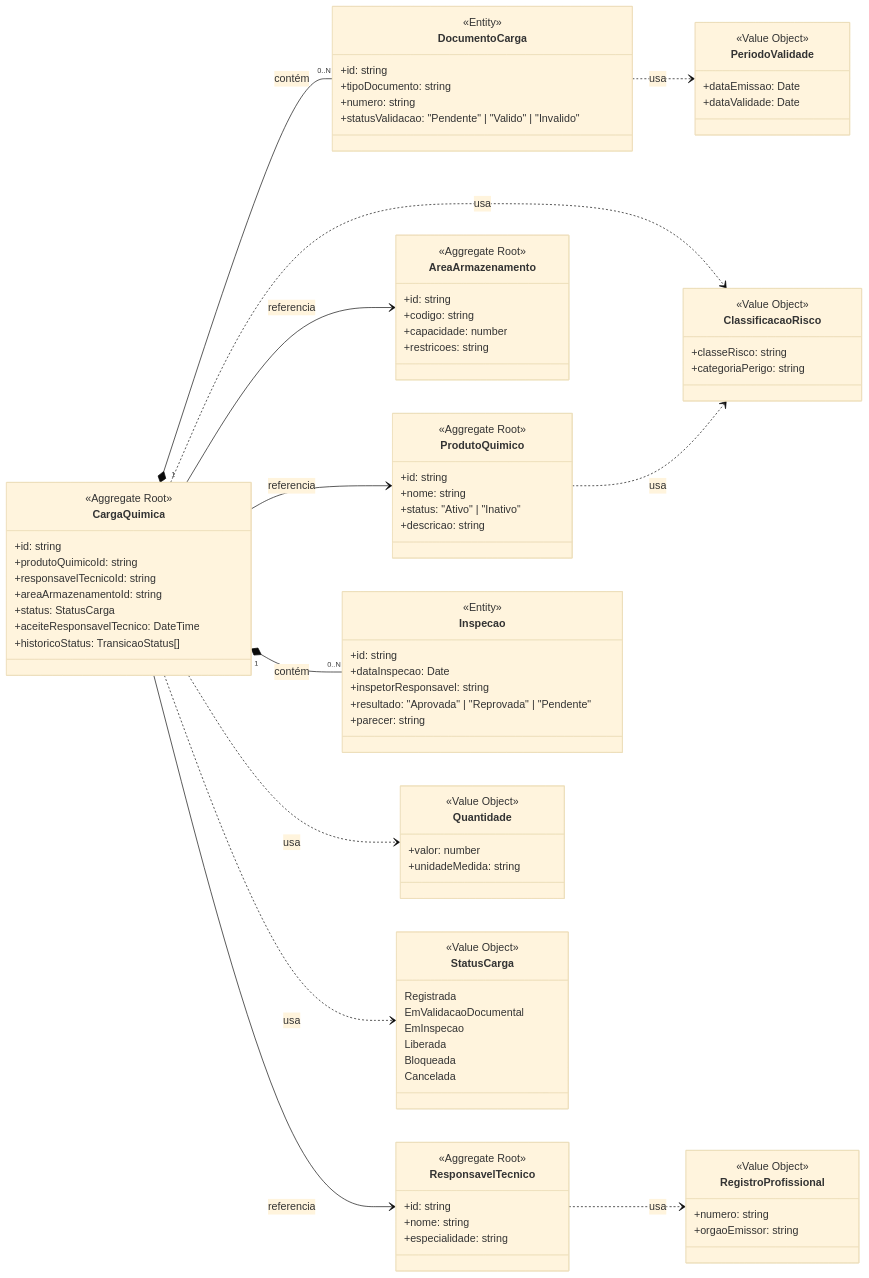
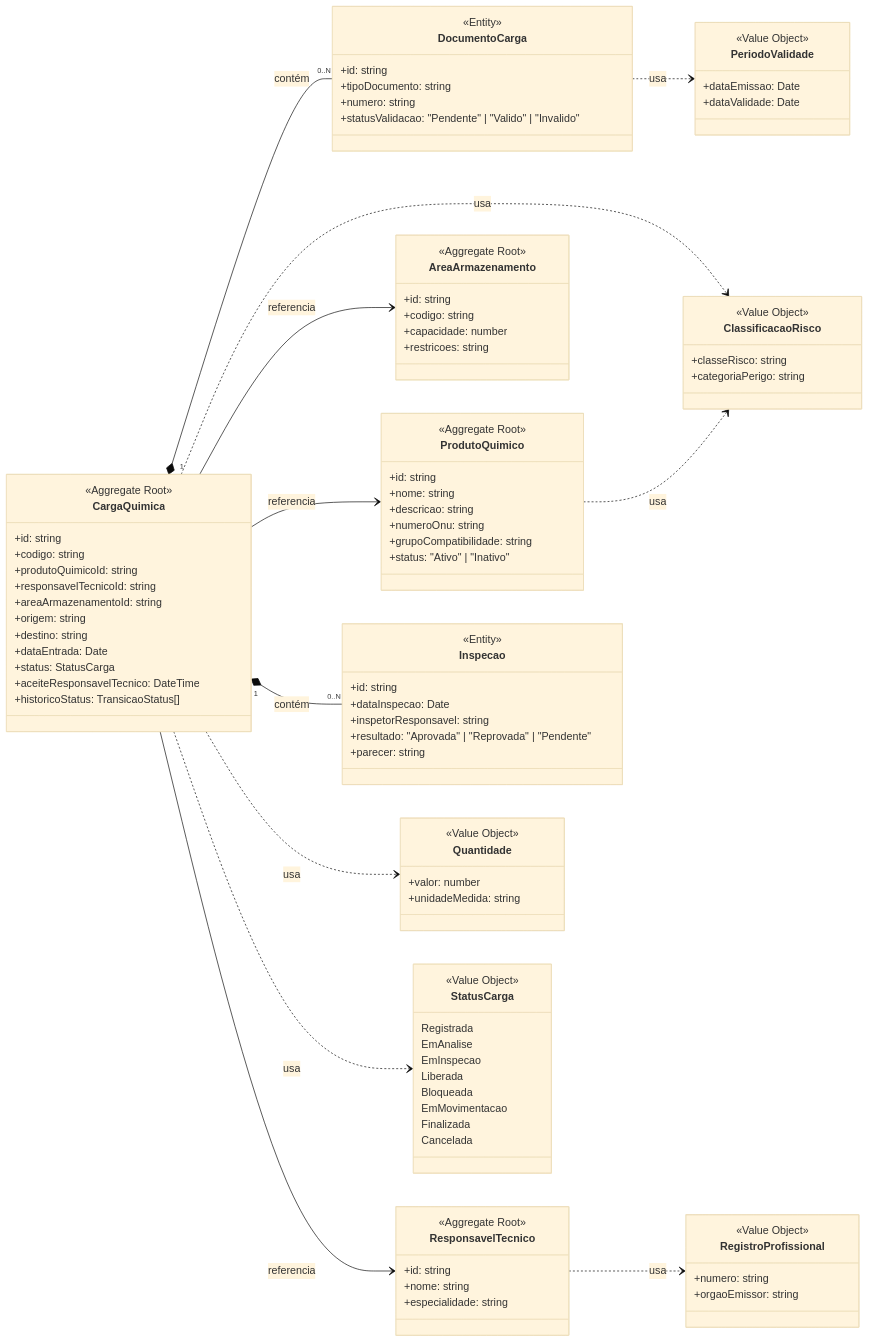
Before and after one commit to LuisCastanh0/quimiport: the diagram in docs/diagramas/dominio.md, drawn with Mermaid (base theme). The commit also changed other lines of this file and 8 other files, not shown here.

```diff
--- a/docs/diagramas/dominio.md
+++ b/docs/diagramas/dominio.md
@@ -23,16 +25,22 @@
         <<Aggregate Root>>
         +id: string
         +nome: string
+        +descricao: string
+        +numeroOnu: string
+        +grupoCompatibilidade: string
         +status: "Ativo" | "Inativo"
-        +descricao: string
     }
 
     class CargaQuimica {
         <<Aggregate Root>>
         +id: string
+        +codigo: string
         +produtoQuimicoId: string
         +responsavelTecnicoId: string
         +areaArmazenamentoId: string
+        +origem: string
+        +destino: string
+        +dataEntrada: Date
         +status: StatusCarga
         +aceiteResponsavelTecnico: DateTime
         +historicoStatus: TransicaoStatus[]
@@ -97,10 +105,12 @@
     class StatusCarga {
         <<Value Object>>
         Registrada
-        EmValidacaoDocumental
+        EmAnalise
         EmInspecao
         Liberada
         Bloqueada
+        EmMovimentacao
+        Finalizada
         Cancelada
     }
 
```
